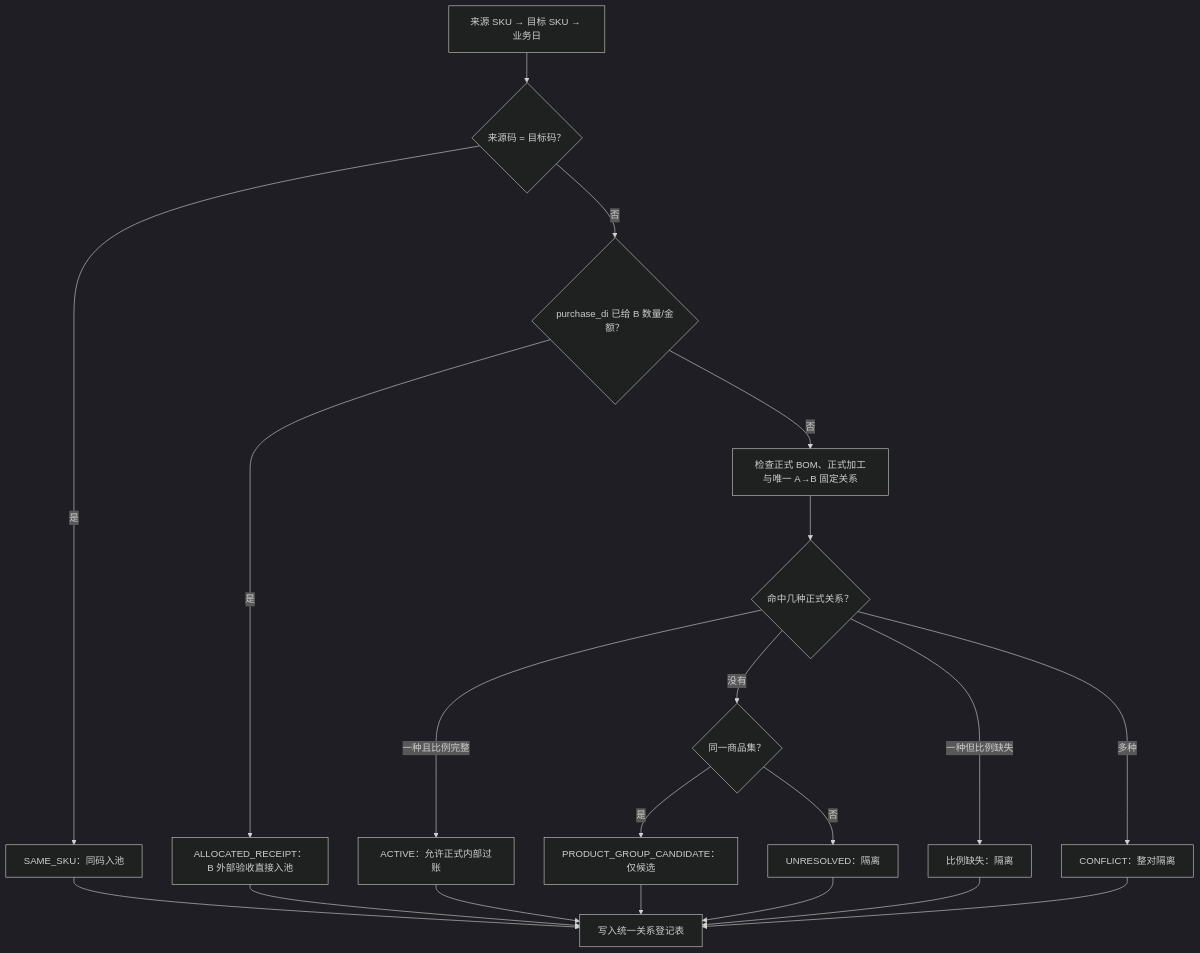
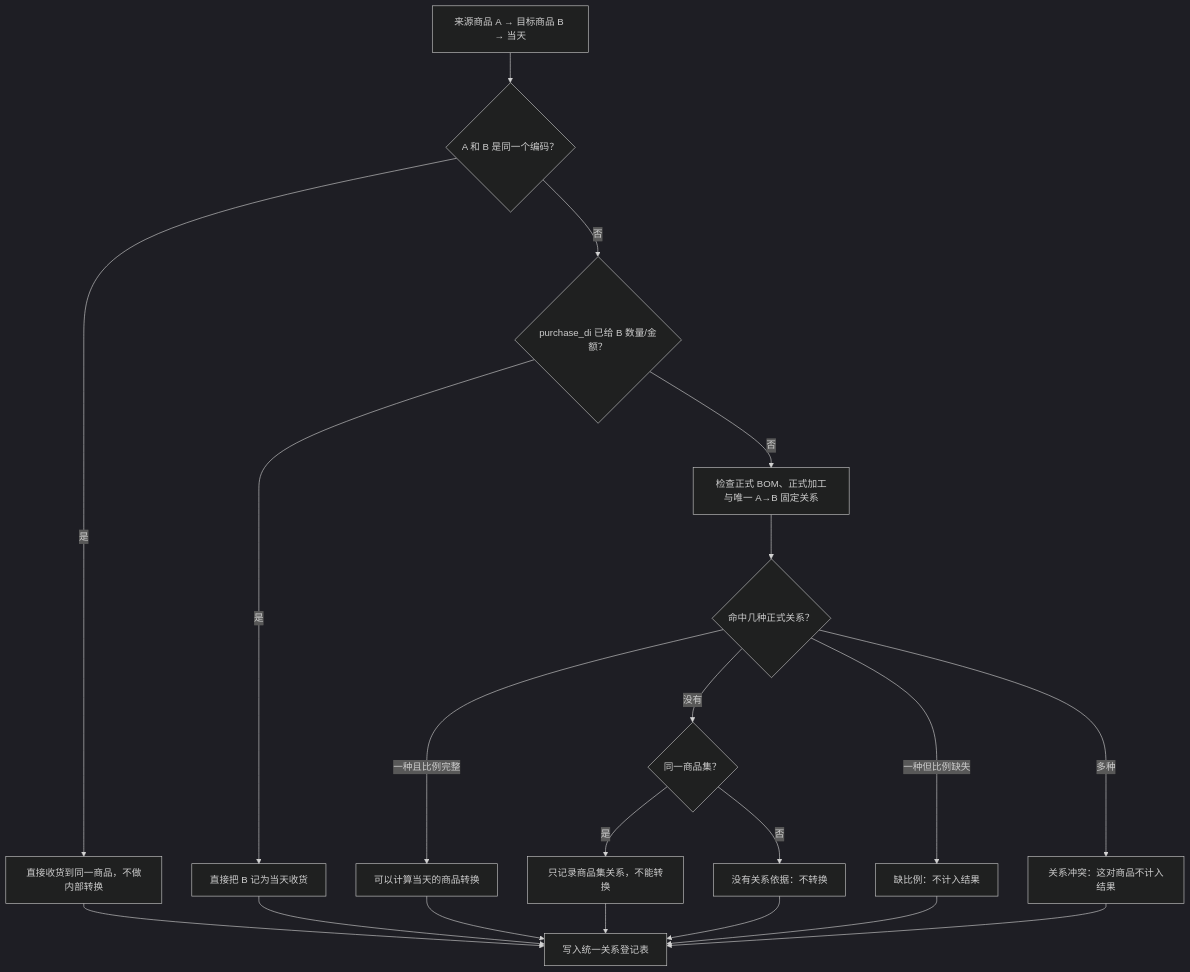
The third of 8 diagrams in fmetl/README.md (kate636/cuihua-data), drawn with Mermaid (dark theme) before and after one commit. The commit also changed other lines of this file and 8 other files, not shown here.

````diff
--- a/fmetl/README.md
+++ b/fmetl/README.md
@@ -208,23 +234,23 @@
 ```mermaid
 flowchart TB
-    START["来源 SKU → 目标 SKU → 业务日"] --> SAME{"来源码 = 目标码？"}
-    SAME -->|是| R1["SAME_SKU：同码入池"]
+    START["来源商品 A → 目标商品 B → 当天"] --> SAME{"A 和 B 是同一个编码？"}
+    SAME -->|是| R1["直接收货到同一商品，不做内部转换"]
     SAME -->|否| ALLOC{"purchase_di 已给 B 数量/金额？"}
-    ALLOC -->|是| R7["ALLOCATED_RECEIPT：B 外部验收直接入池"]
+    ALLOC -->|是| R7["直接把 B 记为当天收货"]
     ALLOC -->|否| FORMAL["检查正式 BOM、正式加工与唯一 A→B 固定关系"]
     FORMAL --> COUNT{"命中几种正式关系？"}
-    COUNT -->|多种| R6["CONFLICT：整对隔离"]
-    COUNT -->|一种且比例完整| R2["ACTIVE：允许正式内部过账"]
-    COUNT -->|一种但比例缺失| R5["比例缺失：隔离"]
+    COUNT -->|多种| R6["关系冲突：这对商品不计入结果"]
+    COUNT -->|一种且比例完整| R2["可以计算当天的商品转换"]
+    COUNT -->|一种但比例缺失| R5["缺比例：不计入结果"]
     COUNT -->|没有| GROUP{"同一商品集？"}
-    GROUP -->|是| R3["PRODUCT_GROUP_CANDIDATE：仅候选"]
-    GROUP -->|否| R4["UNRESOLVED：隔离"]
+    GROUP -->|是| R3["只记录商品集关系，不能转换"]
+    GROUP -->|否| R4["没有关系依据：不转换"]
 
     R1 --> REG["写入统一关系登记表"]
     R7 --> REG
     R2 --> REG
     R3 --> REG
     R4 --> REG
     R5 --> REG
     R6 --> REG
 ```
````
